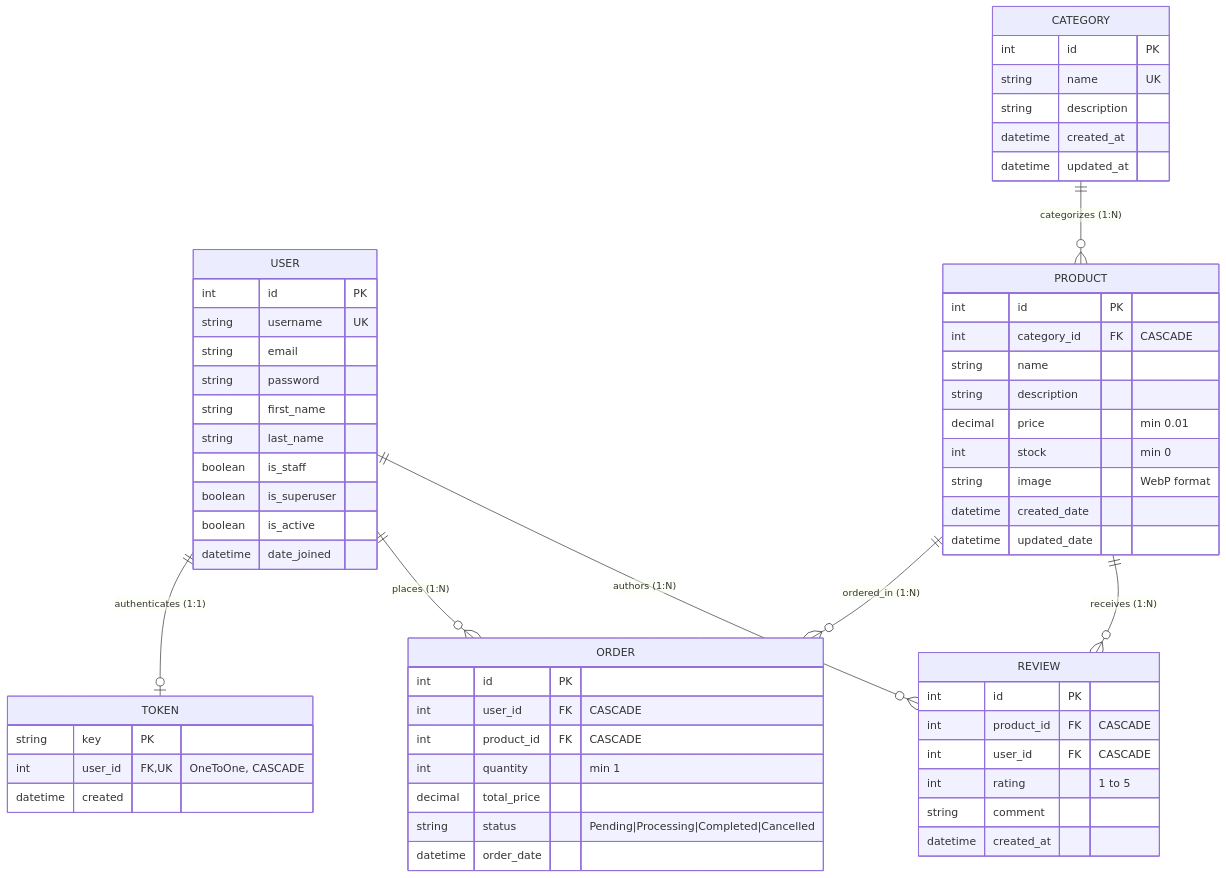
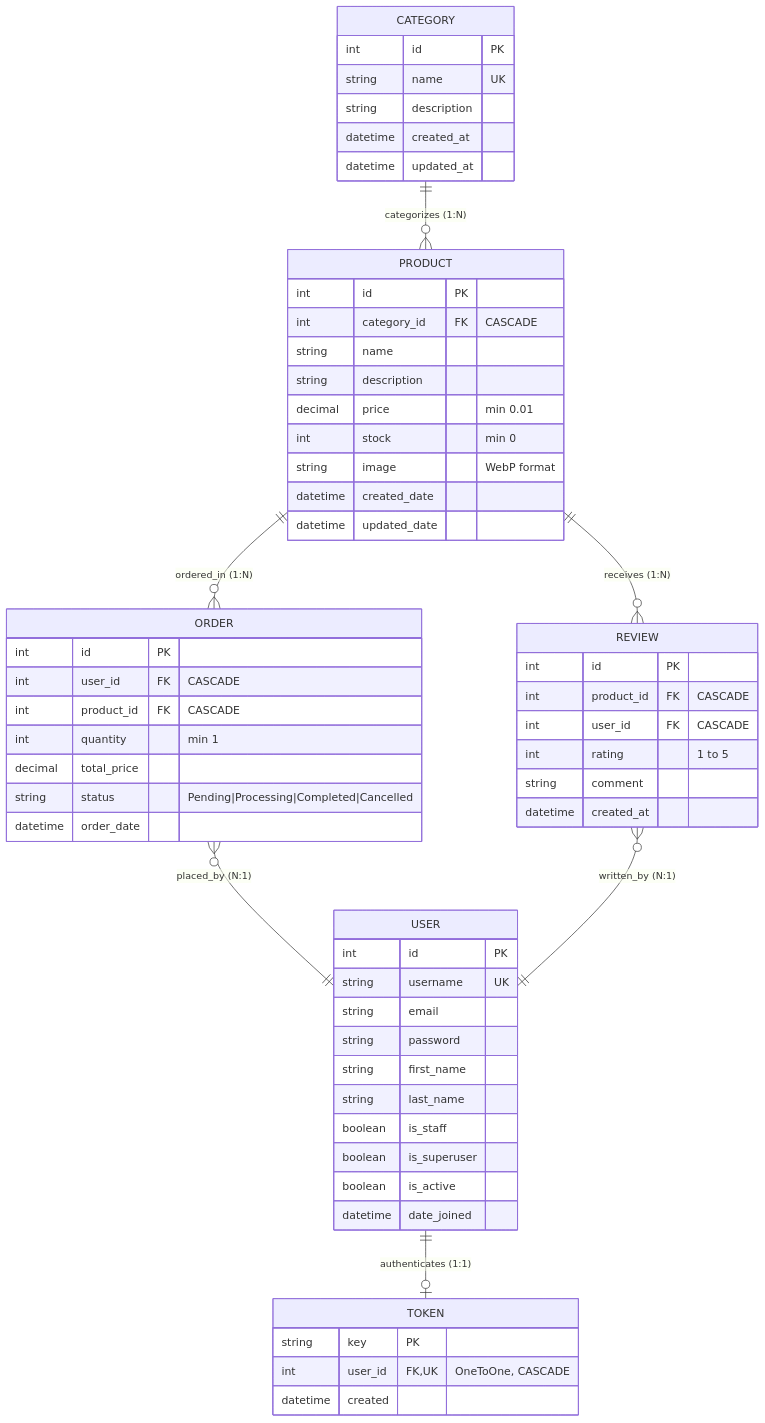
The diagram in README.md (ArkaKarmoker/Mini-E-commerce-REST-API), drawn with Mermaid before and after one commit. The commit also changed other lines of this file and 2 other files, not shown here.

````diff
--- a/README.md
+++ b/README.md
@@ -77,67 +77,67 @@
 ```mermaid
 erDiagram
-    USER ||--o| TOKEN : "authenticates (1:1)"
-    USER ||--o{ ORDER : "places (1:N)"
-    USER ||--o{ REVIEW : "authors (1:N)"
     CATEGORY ||--o{ PRODUCT : "categorizes (1:N)"
     PRODUCT ||--o{ ORDER : "ordered_in (1:N)"
     PRODUCT ||--o{ REVIEW : "receives (1:N)"
-
-    USER {
-        int id PK
-        string username UK
-        string email
-        string password
-        string first_name
-        string last_name
-        boolean is_staff
-        boolean is_superuser
-        boolean is_active
-        datetime date_joined
-    }
-
-    TOKEN {
-        string key PK
-        int user_id FK,UK "OneToOne, CASCADE"
-        datetime created
-    }
+    ORDER }o--|| USER : "placed_by (N:1)"
+    REVIEW }o--|| USER : "written_by (N:1)"
+    USER ||--o| TOKEN : "authenticates (1:1)"
 
     CATEGORY {
         int id PK
         string name UK
         string description
         datetime created_at
         datetime updated_at
     }
 
     PRODUCT {
         int id PK
         int category_id FK "CASCADE"
         string name
         string description
         decimal price "min 0.01"
         int stock "min 0"
         string image "WebP format"
         datetime created_date
         datetime updated_date
     }
 
     ORDER {
         int id PK
         int user_id FK "CASCADE"
         int product_id FK "CASCADE"
         int quantity "min 1"
         decimal total_price
         string status "Pending|Processing|Completed|Cancelled"
         datetime order_date
     }
 
     REVIEW {
         int id PK
         int product_id FK "CASCADE"
         int user_id FK "CASCADE"
         int rating "1 to 5"
         string comment
         datetime created_at
     }
+
+    USER {
+        int id PK
+        string username UK
+        string email
+        string password
+        string first_name
+        string last_name
+        boolean is_staff
+        boolean is_superuser
+        boolean is_active
+        datetime date_joined
+    }
+
+    TOKEN {
+        string key PK
+        int user_id FK,UK "OneToOne, CASCADE"
+        datetime created
+    }
 ```
````
